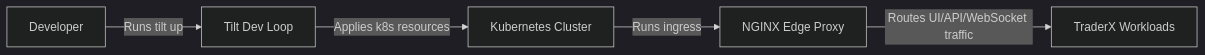
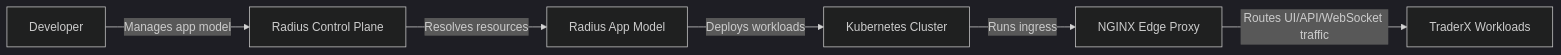
The diagram in docs/learning/software-architecture.md (finos/traderX), drawn with Mermaid (dark theme) before and after one commit. The commit also changed other lines of this file and 98 other files, not shown here.

````diff
--- a/docs/learning/software-architecture.md
+++ b/docs/learning/software-architecture.md
@@ -42,12 +39,14 @@
 ```mermaid
 flowchart LR
   developer["Developer"]
-  tilt["Tilt Dev Loop"]
+  radius["Radius Control Plane"]
+  appModel["Radius App Model"]
   cluster["Kubernetes Cluster"]
   edge["NGINX Edge Proxy"]
   workloads["TraderX Workloads"]
-  developer -->|"Runs tilt up"| tilt
-  tilt -->|"Applies k8s resources"| cluster
+  developer -->|"Manages app model"| radius
+  radius -->|"Resolves resources"| appModel
+  appModel -->|"Deploys workloads"| cluster
   cluster -->|"Runs ingress"| edge
   edge -->|"Routes UI/API/WebSocket traffic"| workloads
 ```
````
